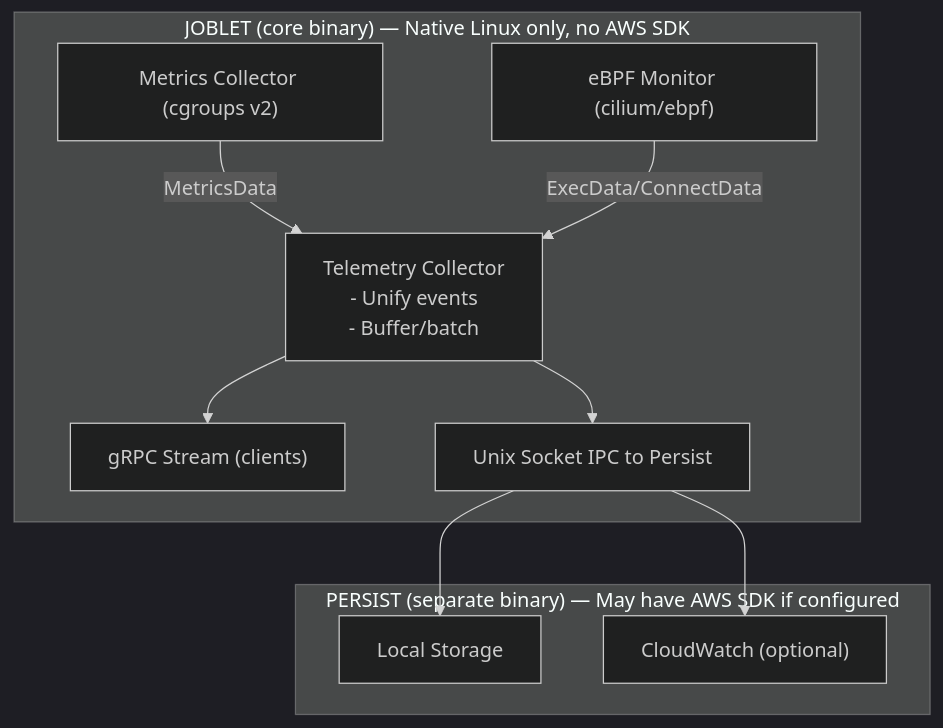
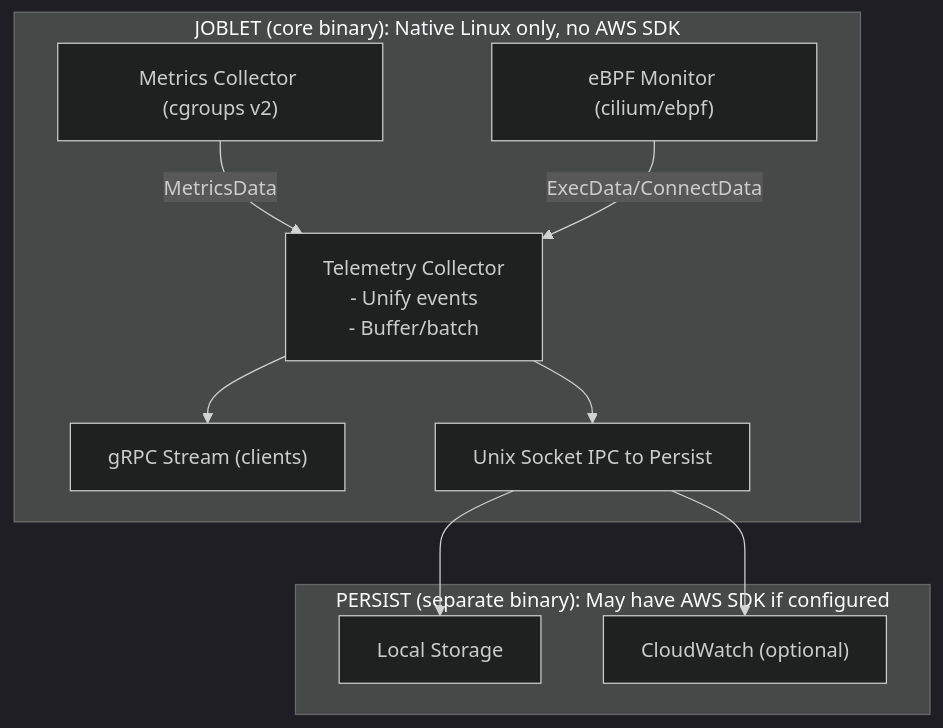
Before and after one commit to ehsaniara/joblet: the third of 3 diagrams in docs/adr/014-ebpf-runtime-visibility.md, drawn with Mermaid (dark theme). The commit also changed 77 other files, not shown here.

````diff
--- a/docs/adr/014-ebpf-runtime-visibility.md
+++ b/docs/adr/014-ebpf-runtime-visibility.md
@@ -159,20 +159,20 @@
 ```mermaid
 flowchart TD
-    subgraph JOBLET["JOBLET (core binary) — Native Linux only, no AWS SDK"]
+    subgraph JOBLET["JOBLET (core binary): Native Linux only, no AWS SDK"]
         N1["Metrics Collector (cgroups v2)"]
         N2["eBPF Monitor (cilium/ebpf)"]
         N3["Telemetry Collector<br/>- Unify events<br/>- Buffer/batch"]
         N4["gRPC Stream (clients)"]
         N5["Unix Socket IPC to Persist"]
         N1 -->|MetricsData| N3
         N2 -->|"ExecData/ConnectData"| N3
         N3 --> N4
         N3 --> N5
     end
-    subgraph PERSIST["PERSIST (separate binary) — May have AWS SDK if configured"]
+    subgraph PERSIST["PERSIST (separate binary): May have AWS SDK if configured"]
         N6["Local Storage"]
         N7["CloudWatch (optional)"]
     end
     N5 --> N6
     N5 --> N7
 ```
````
